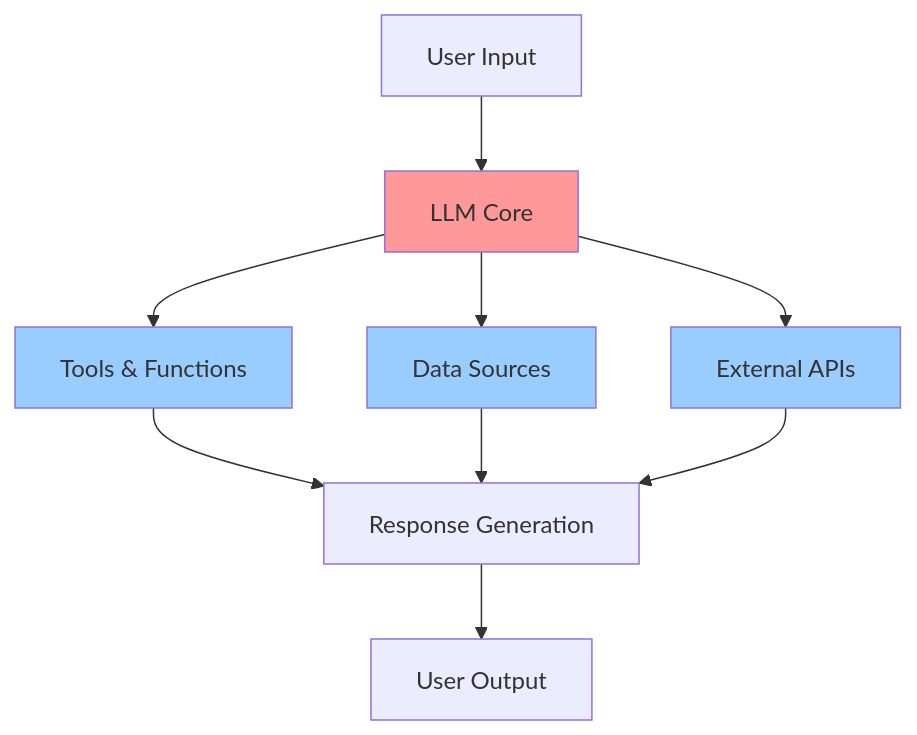
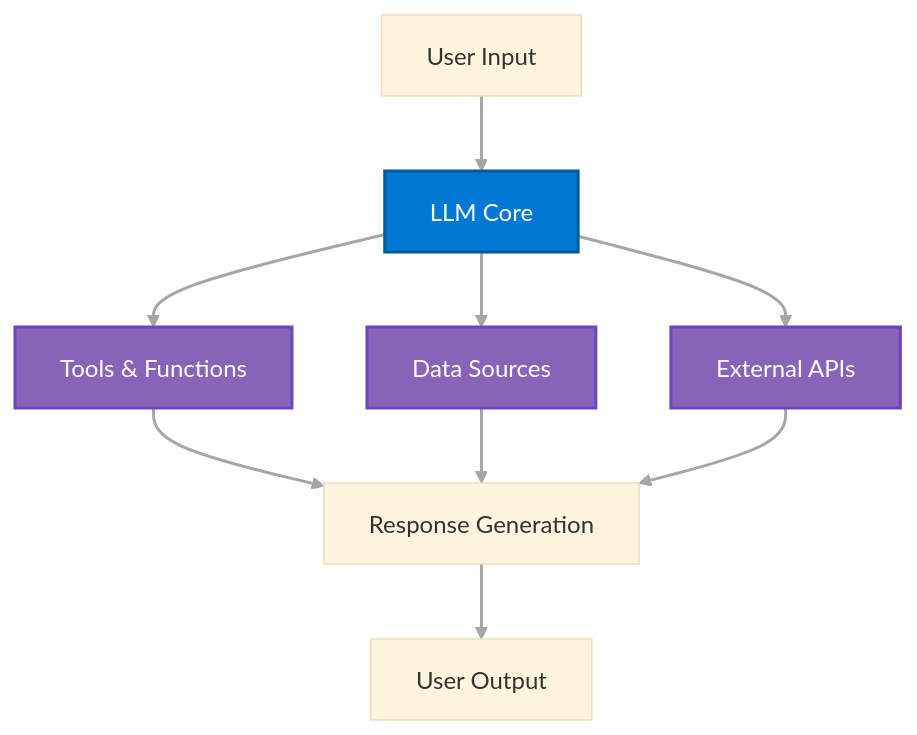
Before and after one commit to MTCMarkFranco/era-of-ai: the fifth of 7 diagrams in ai-evolution-slides.md, drawn with Mermaid. The commit also changed other lines of this file, not shown here.

````diff
--- a/ai-evolution-slides.md
+++ b/ai-evolution-slides.md
@@ -155,18 +167,21 @@
 ```mermaid
+%%{init: {'theme':'base', 'themeVariables': { 'fontFamily': 'Segoe UI, Arial, sans-serif', 'fontSize': '16px'}}}%%
 graph TD
     A[User Input] --> B[LLM Core]
     B --> C[Tools & Functions]
     B --> D[Data Sources]
     B --> E[External APIs]
     
     C --> F[Response Generation]
     D --> F
     E --> F
     
     F --> G[User Output]
     
-    style B fill:#ff9999
-    style C fill:#99ccff
-    style D fill:#99ccff
-    style E fill:#99ccff
+    style B fill:#0078D4,stroke:#005A9E,stroke-width:2px,color:#FFFFFF
+    style C fill:#8764B8,stroke:#6B46C1,stroke-width:2px,color:#FFFFFF
+    style D fill:#8764B8,stroke:#6B46C1,stroke-width:2px,color:#FFFFFF
+    style E fill:#8764B8,stroke:#6B46C1,stroke-width:2px,color:#FFFFFF
+    
+    linkStyle default stroke:#A6A6A6,stroke-width:2px
 ```
````
